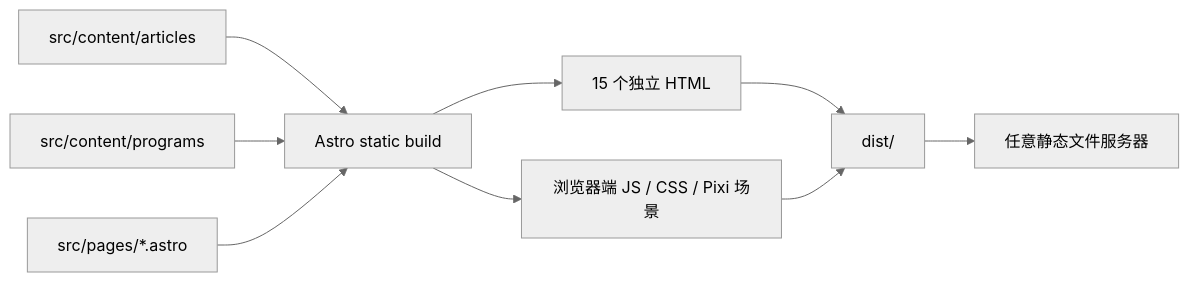
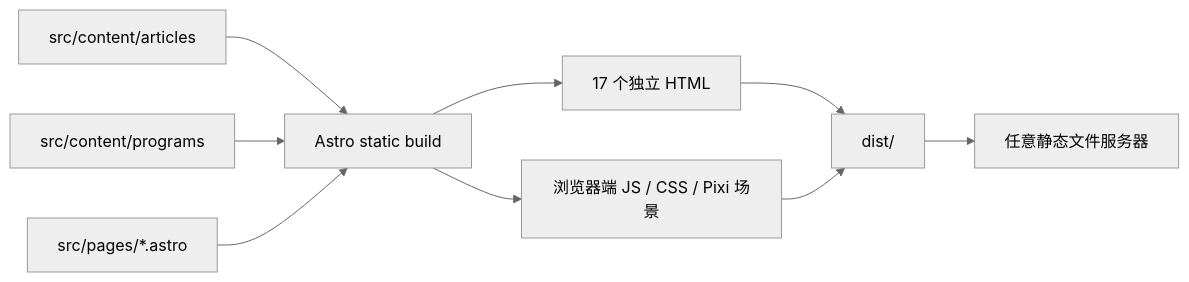
One commit to WALK-FISH2/walk_fish_net changed the diagram in 03_SourceCode/Website/architecture.md. Above: the diagram before and after it, drawn with Mermaid (neutral theme). The commit also changed other lines of this file and 20 other files, not shown here.

````diff
--- a/03_SourceCode/Website/architecture.md
+++ b/03_SourceCode/Website/architecture.md
@@ -36,20 +36,20 @@
 ```mermaid
 flowchart LR
     Articles["src/content/articles"]
     Programs["src/content/programs"]
     Pages["src/pages/*.astro"]
     Astro["Astro static build"]
-    HTML["15 个独立 HTML"]
+    HTML["17 个独立 HTML"]
     Assets["浏览器端 JS / CSS / Pixi 场景"]
     Dist["dist/"]
     Host["任意静态文件服务器"]
 
     Articles --> Astro
     Programs --> Astro
     Pages --> Astro
     Astro --> HTML
     Astro --> Assets
     HTML --> Dist
     Assets --> Dist
     Dist --> Host
 ```
````
